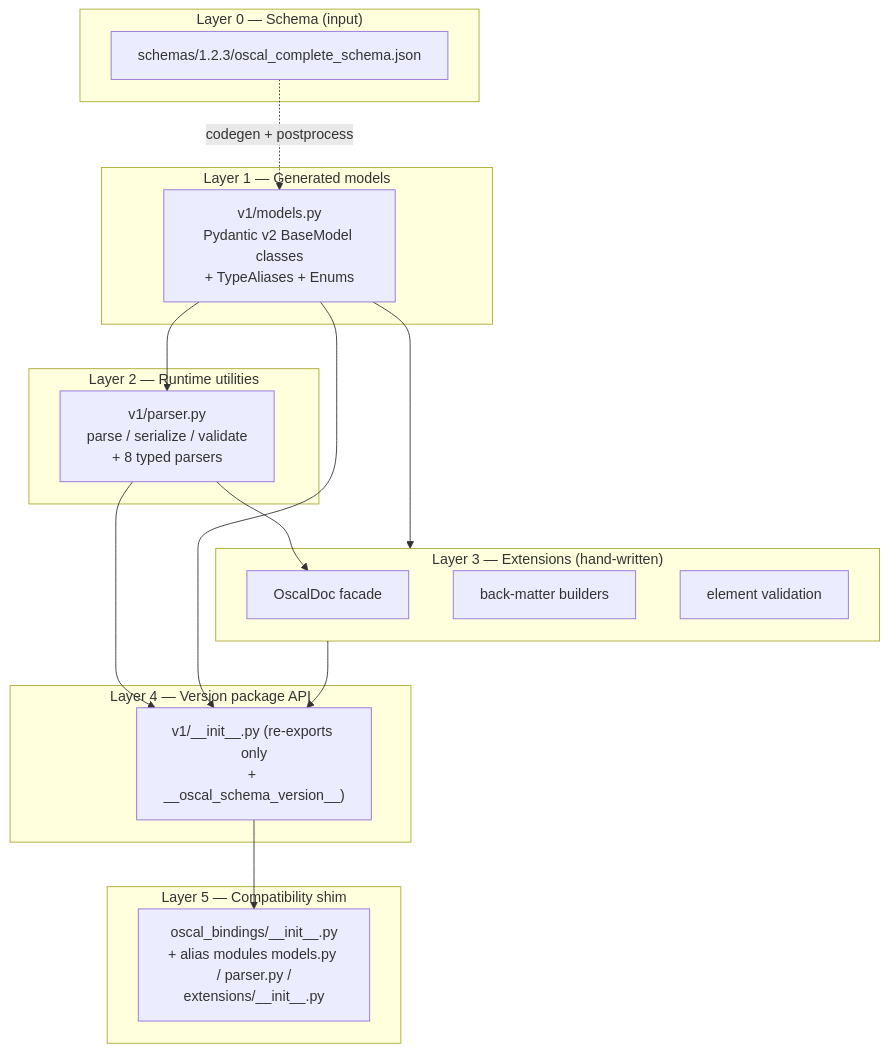
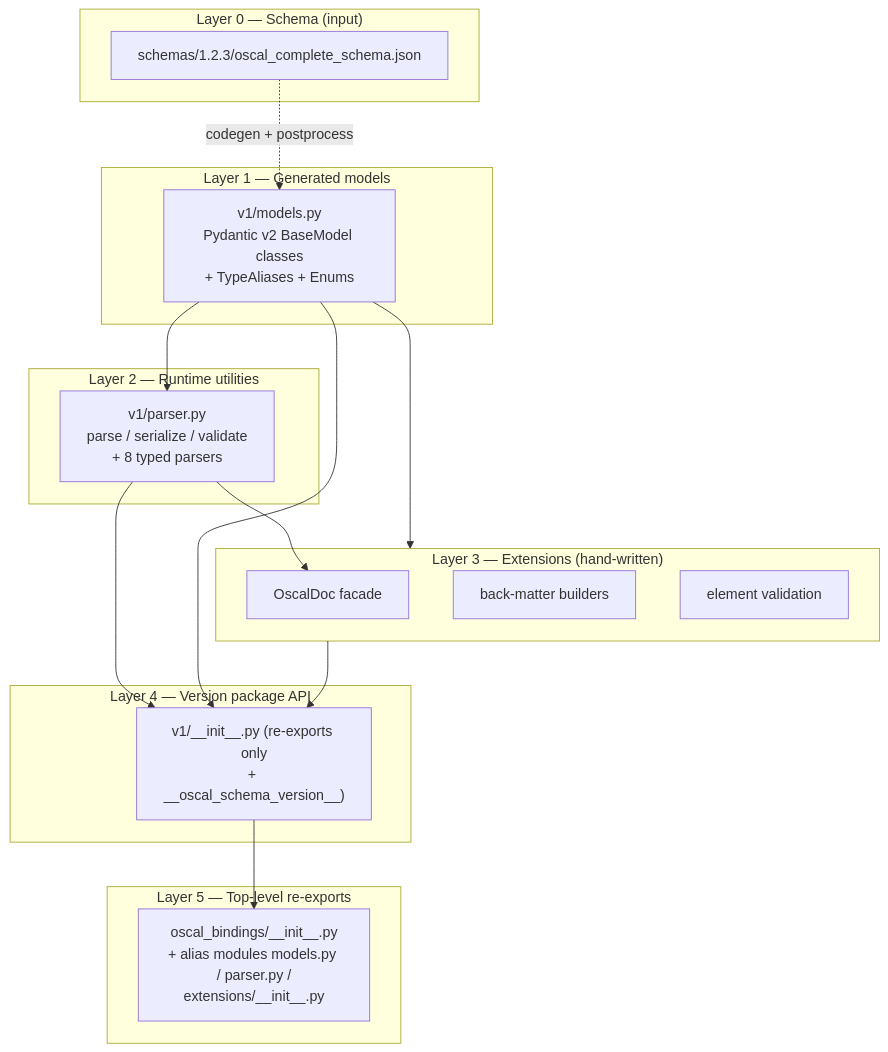
One commit to cairn-proofs/oscal-bindings-python changed the first of 2 diagrams in .agents/summary/architecture.md. Above: the diagram before and after it, drawn with Mermaid. The commit also changed other lines of this file and 16 other files, not shown here.

````diff
--- a/.agents/summary/architecture.md
+++ b/.agents/summary/architecture.md
@@ -11,31 +11,31 @@
 ```mermaid
 graph TB
     subgraph L0["Layer 0 — Schema (input)"]
         S["schemas/1.2.3/oscal_complete_schema.json"]
     end
     subgraph L1["Layer 1 — Generated models"]
         M["v1/models.py<br/>Pydantic v2 BaseModel classes<br/>+ TypeAliases + Enums"]
     end
     subgraph L2["Layer 2 — Runtime utilities"]
         P["v1/parser.py<br/>parse / serialize / validate<br/>+ 8 typed parsers"]
     end
     subgraph L3["Layer 3 — Extensions (hand-written)"]
         D["OscalDoc facade"]
         B["back-matter builders"]
         V["element validation"]
     end
     subgraph L4["Layer 4 — Version package API"]
         I["v1/__init__.py (re-exports only<br/>+ __oscal_schema_version__)"]
     end
-    subgraph L5["Layer 5 — Compatibility shim"]
+    subgraph L5["Layer 5 — Top-level re-exports"]
         C["oscal_bindings/__init__.py<br/>+ alias modules models.py / parser.py /<br/>extensions/__init__.py"]
     end
     S -. codegen + postprocess .-> M
     M --> P
     M --> L3
     P --> D
     P --> I
     L3 --> I
     M --> I
     I --> C
 ```
````
